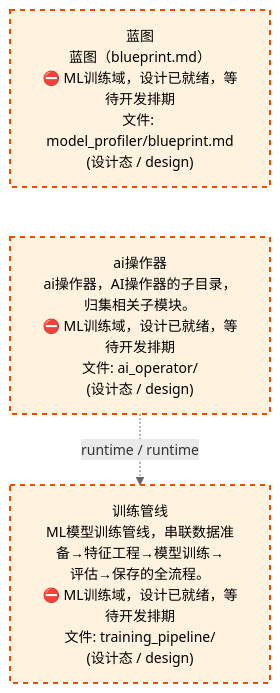
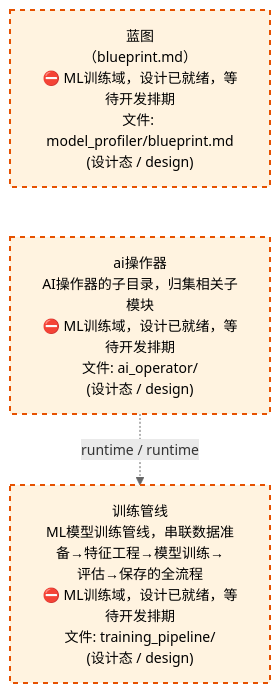
One commit to xuanFelixVan/ZephyrAlpha changed the third of 4 diagrams in docs/02_enterprise_architecture/02_domain_architecture_docs/61_d_ml_train.md. Above: the diagram before and after it, drawn with Mermaid. The commit also changed other lines of this file and 63 other files, not shown here.

````diff
--- a/docs/02_enterprise_architecture/02_domain_architecture_docs/61_d_ml_train.md
+++ b/docs/02_enterprise_architecture/02_domain_architecture_docs/61_d_ml_train.md
@@ -119,14 +119,14 @@
 ```mermaid
 %%{init: {'theme': 'base', 'themeVariables': {'primaryColor': '#eaeaea', 'primaryTextColor': '#333333', 'primaryBorderColor': '#666666', 'lineColor': '#666666', 'secondaryColor': '#eaeaea', 'tertiaryColor': '#eaeaea', 'fontSize': '14px'}}}%%
 flowchart TD
-    docs_03_modules_cross_layer_model_profiler_blueprint_md["蓝图<br/>蓝图（blueprint.md）<br/>⛔ ML训练域，设计已就绪，等待开发排期<br/>文件: model_profiler/blueprint.md<br/>(设计态 / design)"]
-    src_zephyr_ml_train_ai_operator["ai操作器<br/>ai操作器，AI操作器的子目录，归集相关子模块。<br/>⛔ ML训练域，设计已就绪，等待开发排期<br/>文件: ai_operator/<br/>(设计态 / design)"]
+    docs_03_modules_cross_layer_model_profiler_blueprint_md["蓝图<br/>（blueprint.md）<br/>⛔ ML训练域，设计已就绪，等待开发排期<br/>文件: model_profiler/blueprint.md<br/>(设计态 / design)"]
+    src_zephyr_ml_train_ai_operator["ai操作器<br/>AI操作器的子目录，归集相关子模块<br/>⛔ ML训练域，设计已就绪，等待开发排期<br/>文件: ai_operator/<br/>(设计态 / design)"]
     docs_03_modules_cross_layer_model_profiler_blueprint_md ~~~ src_zephyr_ml_train_ai_operator
-    src_zephyr_ml_train_training_pipeline["训练管线<br/>ML模型训练管线，串联数据准备→特征工程→模型训练→<br/>评估→保存的全流程。<br/>⛔ ML训练域，设计已就绪，等待开发排期<br/>文件: training_pipeline/<br/>(设计态 / design)"]
+    src_zephyr_ml_train_training_pipeline["训练管线<br/>ML模型训练管线，串联数据准备→特征工程→模型训练→<br/>评估→保存的全流程<br/>⛔ ML训练域，设计已就绪，等待开发排期<br/>文件: training_pipeline/<br/>(设计态 / design)"]
     src_zephyr_ml_train_ai_operator -.->|runtime / runtime| src_zephyr_ml_train_training_pipeline
     classDef production fill:#e1f5fe,stroke:#01579b,stroke-width:2px,color:#000
     classDef design fill:#fff3e0,stroke:#e65100,stroke-width:2px,color:#000,stroke-dasharray: 5 5
     classDef external_prod fill:#e8f4fd,stroke:#0277bd,stroke-width:1px,color:#000
     classDef external_design fill:#fff8e7,stroke:#ef6c00,stroke-width:1px,color:#000,stroke-dasharray: 5 5
     class docs_03_modules_cross_layer_model_profiler_blueprint_md,src_zephyr_ml_train_ai_operator,src_zephyr_ml_train_training_pipeline design
 ```
````
